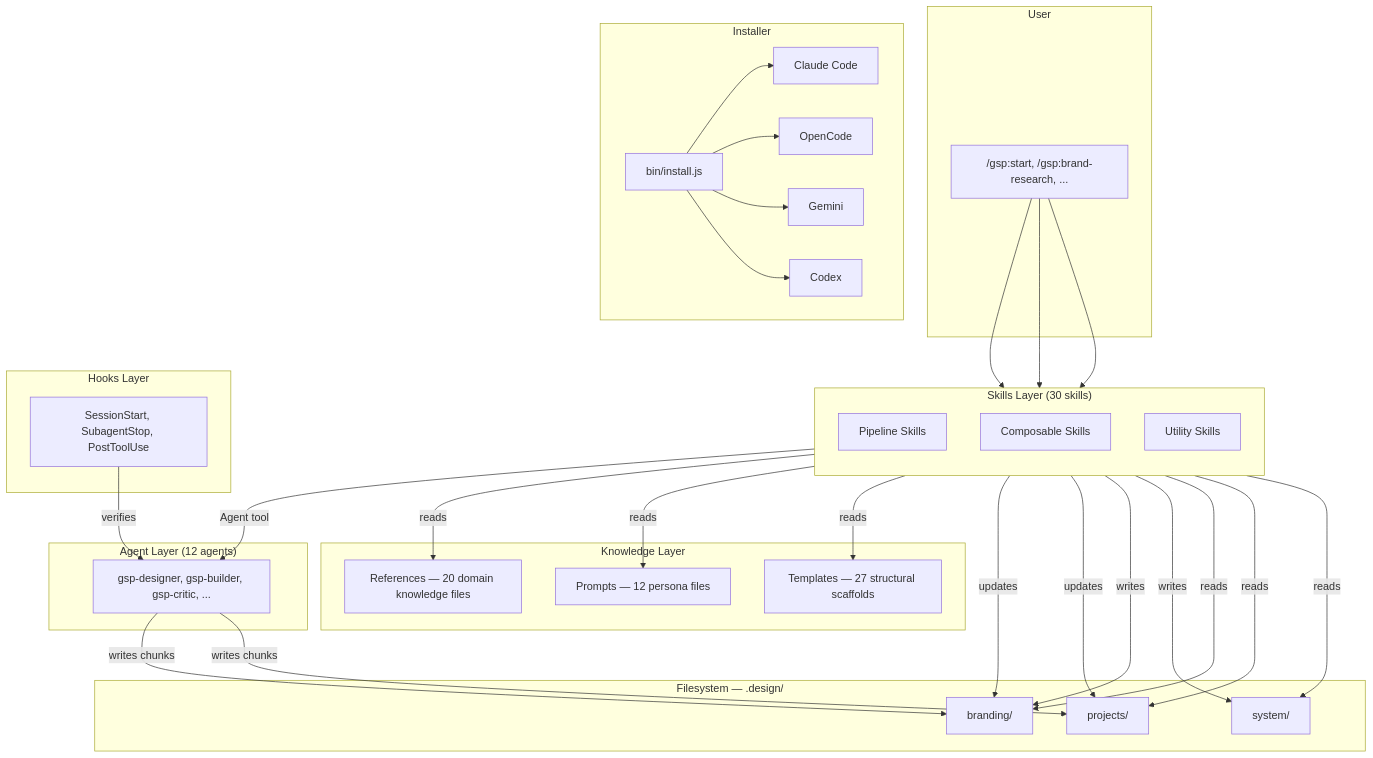
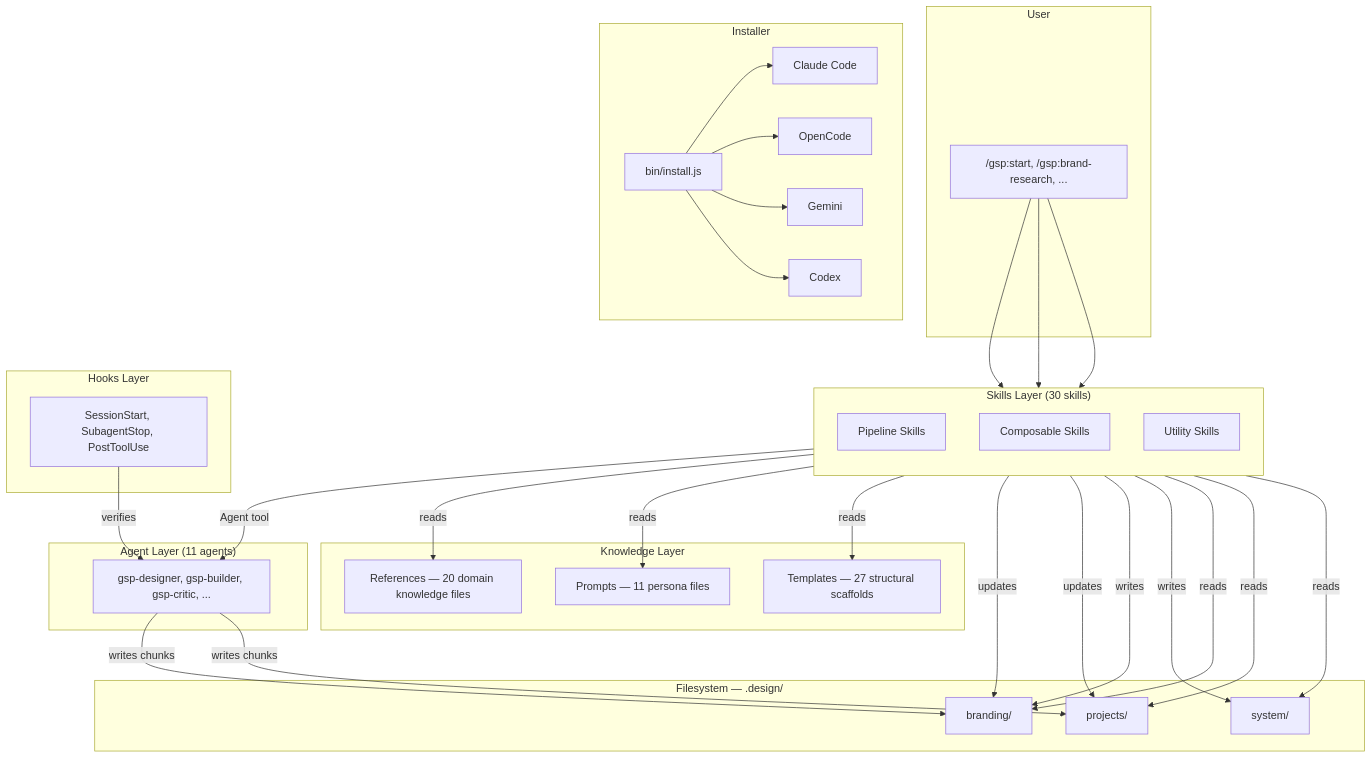
The first of 8 diagrams in ARCHITECTURE.md (jubscodes/get-shit-pretty), drawn with Mermaid before and after one commit. The commit also changed other lines of this file and 17 other files, not shown here.

````diff
--- a/ARCHITECTURE.md
+++ b/ARCHITECTURE.md
@@ -5,51 +5,51 @@
 ```mermaid
 graph TB
     subgraph "User"
         CLI["/gsp:start, /gsp:brand-research, ..."]
     end
 
     subgraph "Skills Layer (30 skills)"
         direction TB
         PS[Pipeline Skills]
         CS[Composable Skills]
         US[Utility Skills]
     end
 
-    subgraph "Agent Layer (12 agents)"
+    subgraph "Agent Layer (11 agents)"
         AG[gsp-designer, gsp-builder, gsp-critic, ...]
     end
 
     subgraph "Knowledge Layer"
-        PR[Prompts — 12 persona files]
+        PR[Prompts — 11 persona files]
         RF[References — 20 domain knowledge files]
         TM[Templates — 27 structural scaffolds]
     end
 
     subgraph "Hooks Layer"
         HK[SessionStart, SubagentStop, PostToolUse]
     end
 
     subgraph "Filesystem — .design/"
         BR[branding/]
         PJ[projects/]
         SY[system/]
     end
 
     subgraph "Installer"
         INS[bin/install.js]
         CC[Claude Code]
         OC[OpenCode]
         GE[Gemini]
         CX[Codex]
     end
 
     CLI --> PS & CS & US
     PS -->|"Agent tool"| AG
     AG -->|writes chunks| BR & PJ
     PS -->|reads| RF & PR & TM
     PS -->|updates| BR & PJ
     CS -->|writes| BR & SY
     US -->|reads| BR & PJ & SY
     HK -->|verifies| AG
     INS --> CC & OC & GE & CX
 ```
````
